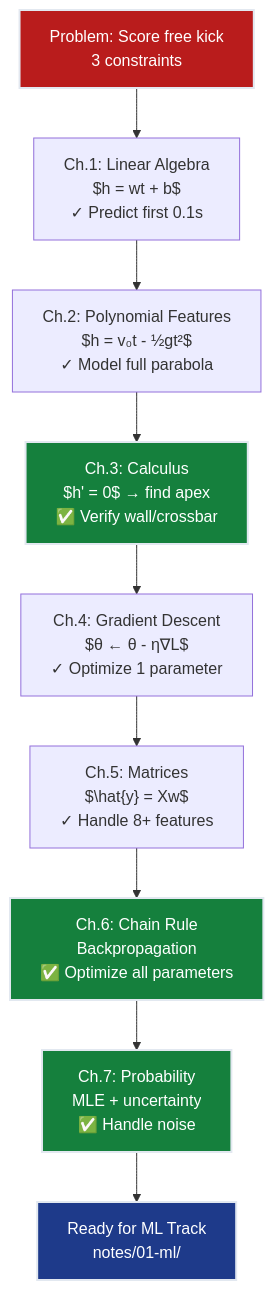
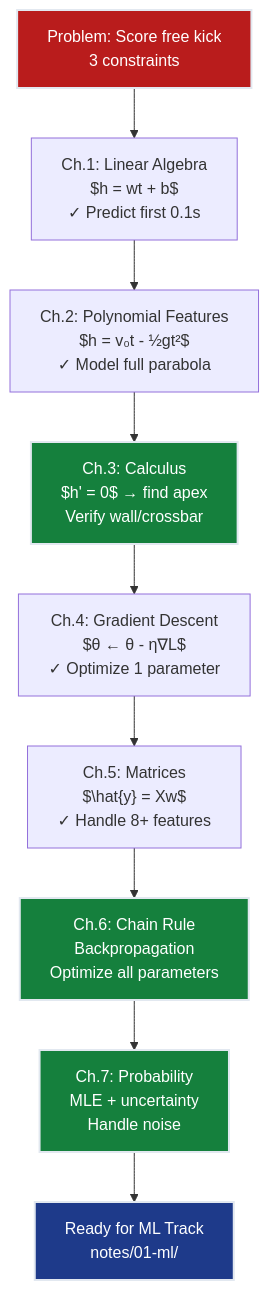
Before and after one commit to dsgouda7/ai-portfolio: the diagram in notes/00-math-under-the-hood/grand-solution.md, drawn with Mermaid. The commit also changed other lines of this file and 179 other files, not shown here.

First line of the commit message:
Remove all unnecessary emojis from entire notes/ directory

````diff
--- a/notes/00-math-under-the-hood/grand-solution.md
+++ b/notes/00-math-under-the-hood/grand-solution.md
@@ -177,35 +177,35 @@
 ```mermaid
 flowchart TD
-    START["Problem: Score free kick<br/>3 constraints"]
-    
-    CH1["Ch.1: Linear Algebra<br/>$h = wt + b$<br/>✓ Predict first 0.1s"]
-    
-    CH2["Ch.2: Polynomial Features<br/>$h = v₀t - ½gt²$<br/>✓ Model full parabola"]
-    
-    CH3["Ch.3: Calculus<br/>$h' = 0$ → find apex<br/>✅ Verify wall/crossbar"]
-    
-    CH4["Ch.4: Gradient Descent<br/>$θ ← θ - η∇L$<br/>✓ Optimize 1 parameter"]
-    
-    CH5["Ch.5: Matrices<br/>$\hat{y} = Xw$<br/>✓ Handle 8+ features"]
-    
-    CH6["Ch.6: Chain Rule<br/>Backpropagation<br/>✅ Optimize all parameters"]
-    
-    CH7["Ch.7: Probability<br/>MLE + uncertainty<br/>✅ Handle noise"]
-    
-    ML["Ready for ML Track<br/>notes/01-ml/"]
-    
-    START --> CH1
-    CH1 --> CH2
-    CH2 --> CH3
-    CH3 --> CH4
-    CH4 --> CH5
-    CH5 --> CH6
-    CH6 --> CH7
-    CH7 --> ML
-    
-    style START fill:#b91c1c,stroke:#e2e8f0,stroke-width:2px,color:#ffffff
-    style CH3 fill:#15803d,stroke:#e2e8f0,stroke-width:2px,color:#ffffff
-    style CH6 fill:#15803d,stroke:#e2e8f0,stroke-width:2px,color:#ffffff
-    style CH7 fill:#15803d,stroke:#e2e8f0,stroke-width:2px,color:#ffffff
-    style ML fill:#1e3a8a,stroke:#e2e8f0,stroke-width:2px,color:#ffffff
+ START["Problem: Score free kick<br/>3 constraints"]
+
+ CH1["Ch.1: Linear Algebra<br/>$h = wt + b$<br/>✓ Predict first 0.1s"]
+
+ CH2["Ch.2: Polynomial Features<br/>$h = v₀t - ½gt²$<br/>✓ Model full parabola"]
+
+ CH3["Ch.3: Calculus<br/>$h' = 0$ → find apex<br/> Verify wall/crossbar"]
+
+ CH4["Ch.4: Gradient Descent<br/>$θ ← θ - η∇L$<br/>✓ Optimize 1 parameter"]
+
+ CH5["Ch.5: Matrices<br/>$\hat{y} = Xw$<br/>✓ Handle 8+ features"]
+
+ CH6["Ch.6: Chain Rule<br/>Backpropagation<br/> Optimize all parameters"]
+
+ CH7["Ch.7: Probability<br/>MLE + uncertainty<br/> Handle noise"]
+
+ ML["Ready for ML Track<br/>notes/01-ml/"]
+
+ START --> CH1
+ CH1 --> CH2
+ CH2 --> CH3
+ CH3 --> CH4
+ CH4 --> CH5
+ CH5 --> CH6
+ CH6 --> CH7
+ CH7 --> ML
+
+ style START fill:#b91c1c,stroke:#e2e8f0,stroke-width:2px,color:#ffffff
+ style CH3 fill:#15803d,stroke:#e2e8f0,stroke-width:2px,color:#ffffff
+ style CH6 fill:#15803d,stroke:#e2e8f0,stroke-width:2px,color:#ffffff
+ style CH7 fill:#15803d,stroke:#e2e8f0,stroke-width:2px,color:#ffffff
+ style ML fill:#1e3a8a,stroke:#e2e8f0,stroke-width:2px,color:#ffffff
 ```
````
